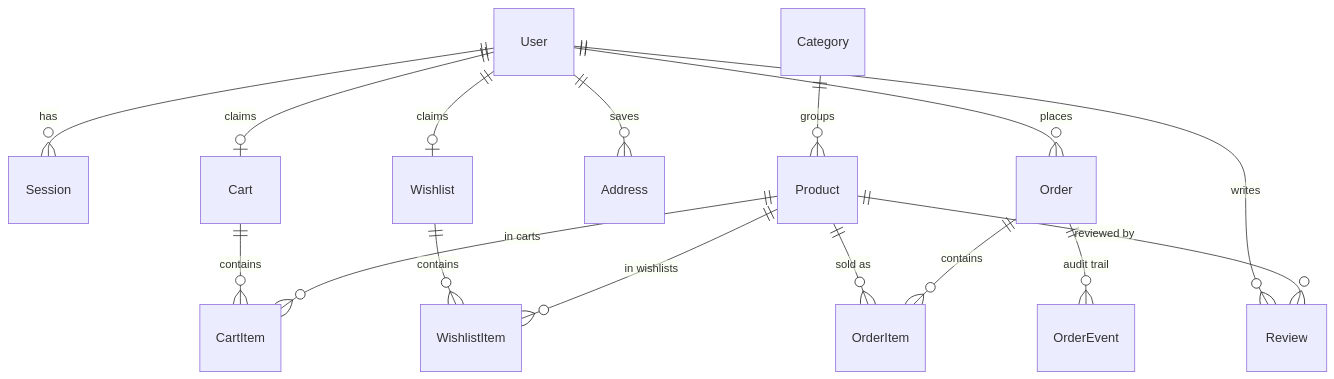
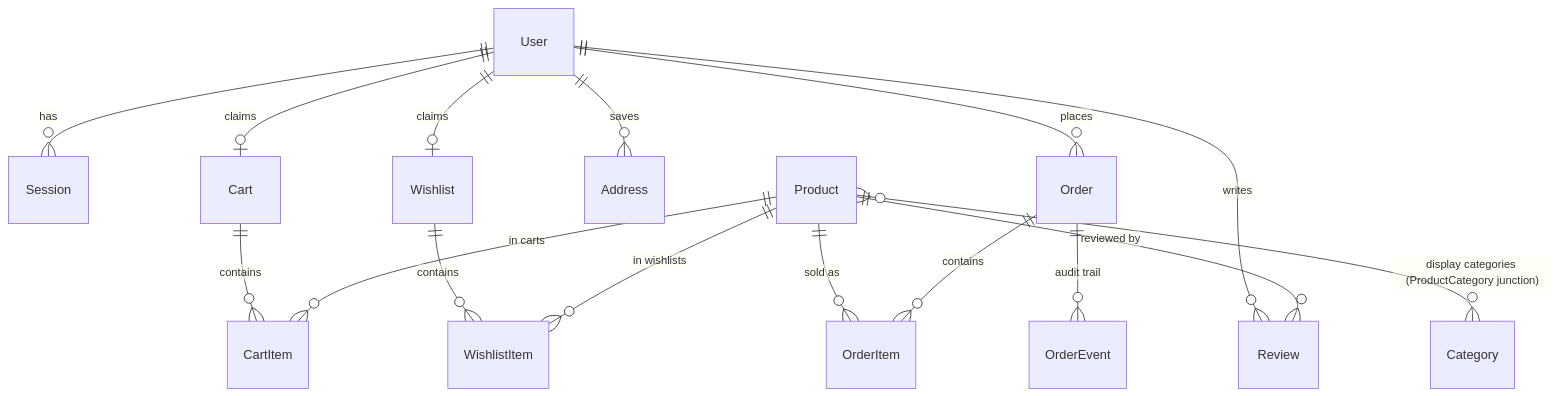
Before and after one commit to nordeim/ely-beauty: the second of 2 diagrams in Project_Architecture_Document.md, drawn with Mermaid. The commit also changed other lines of this file and 20 other files, not shown here.

````diff
--- a/Project_Architecture_Document.md
+++ b/Project_Architecture_Document.md
@@ -727,18 +737,18 @@
 ```mermaid
 erDiagram
     User ||--o{ Session : "has"
     User ||--o| Cart : "claims"
     User ||--o| Wishlist : "claims"
     User ||--o{ Address : "saves"
     User ||--o{ Order : "places"
     User ||--o{ Review : "writes"
     Cart ||--o{ CartItem : contains
     Wishlist ||--o{ WishlistItem : contains
     Product ||--o{ CartItem : "in carts"
     Product ||--o{ WishlistItem : "in wishlists"
     Product ||--o{ OrderItem : "sold as"
     Product ||--o{ Review : "reviewed by"
-    Category ||--o{ Product : "groups"
+    Product }o--o{ Category : "display categories (ProductCategory junction)"
     Order ||--o{ OrderItem : contains
     Order ||--o{ OrderEvent : "audit trail"
 ```
````
